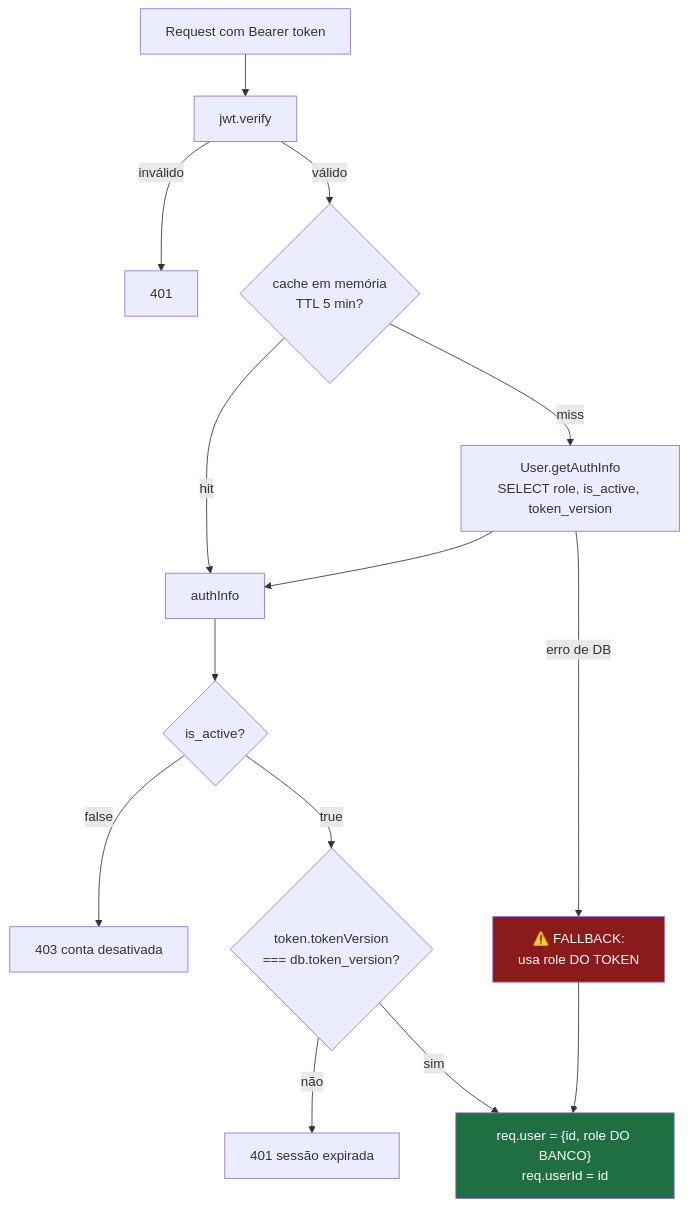
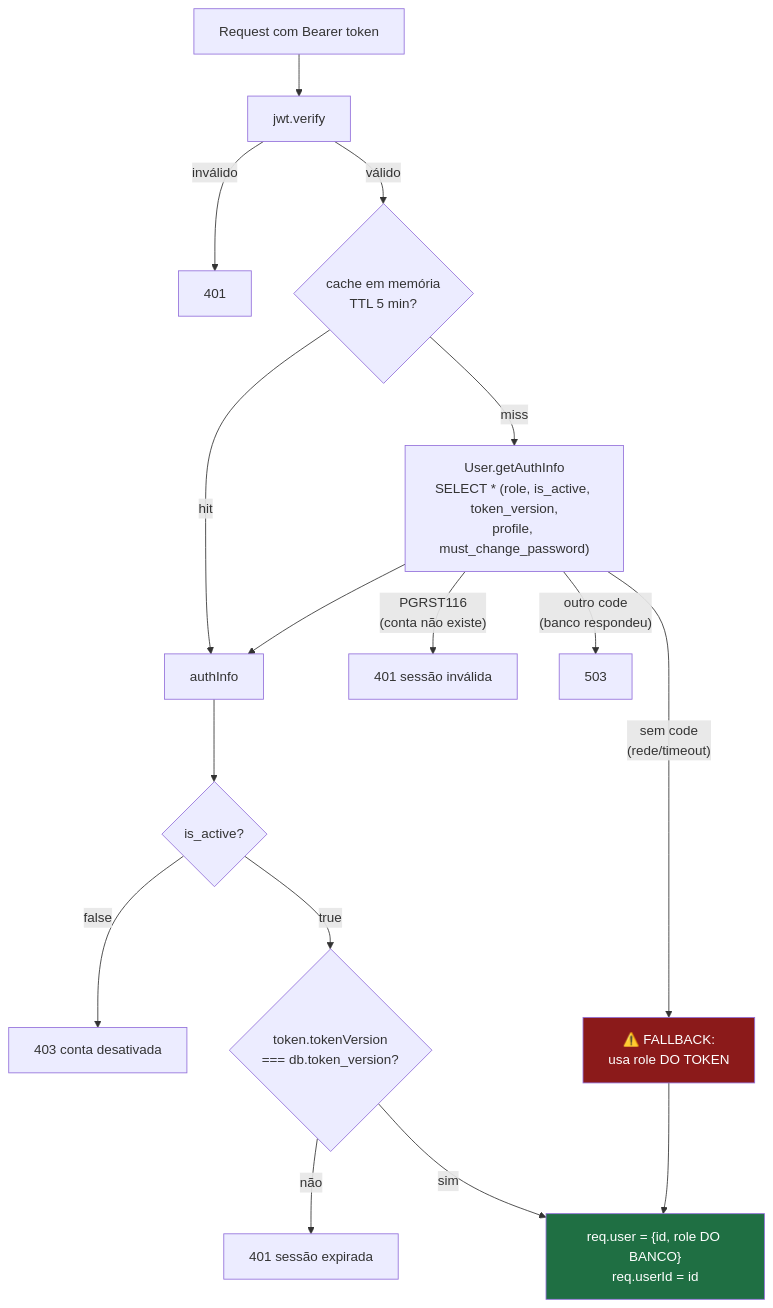
One commit to lucasxtech/JiuMetrics changed the second of 3 diagrams in docs/AUTHORIZATION.md. Above: the diagram before and after it, drawn with Mermaid. The commit also changed other lines of this file and 30 other files, not shown here.

First line of the commit message:
fix(spec 014): revisão final — fallback de auth por código, leituras tolerantes à 025, transferência de análises na exclusão

````diff
--- a/docs/AUTHORIZATION.md
+++ b/docs/AUTHORIZATION.md
@@ -77,19 +77,21 @@
 ```mermaid
 flowchart TD
     R["Request com Bearer token"] --> V["jwt.verify"]
     V -->|inválido| E401["401"]
     V -->|válido| C{"cache em memória<br/>TTL 5 min?"}
     C -->|hit| I["authInfo"]
-    C -->|miss| Q["User.getAuthInfo<br/>SELECT role, is_active, token_version"]
+    C -->|miss| Q["User.getAuthInfo<br/>SELECT * (role, is_active, token_version,<br/>profile, must_change_password)"]
     Q --> I
     I --> A1{"is_active?"}
     A1 -->|false| E403["403 conta desativada"]
     A1 -->|true| A2{"token.tokenVersion<br/>=== db.token_version?"}
     A2 -->|não| E401b["401 sessão expirada"]
     A2 -->|sim| OK["req.user = {id, role DO BANCO}<br/>req.userId = id"]
-    Q -->|erro de DB| FB["⚠️ FALLBACK:<br/>usa role DO TOKEN"]
+    Q -->|"PGRST116<br/>(conta não existe)"| E401c["401 sessão inválida"]
+    Q -->|"outro code<br/>(banco respondeu)"| E503["503"]
+    Q -->|"sem code<br/>(rede/timeout)"| FB["⚠️ FALLBACK:<br/>usa role DO TOKEN"]
     FB --> OK
 
     style FB fill:#8b1a1a,color:#fff
     style OK fill:#1f6f43,color:#fff
 ```
````
